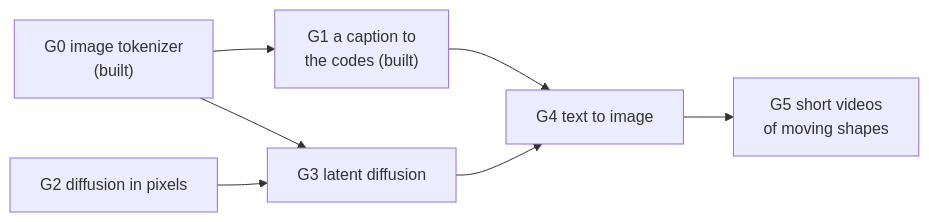
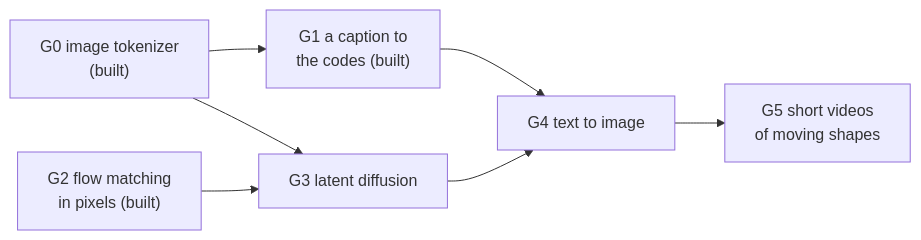
Before and after one commit to kunwarmahen/aksharallm: the first of 5 diagrams in docs/26-pictures.md, drawn with Mermaid. The commit also changed other lines of this file and 22 other files, not shown here.

````diff
--- a/docs/26-pictures.md
+++ b/docs/26-pictures.md
@@ -10,9 +10,9 @@
 ```mermaid
 flowchart LR
     G0["G0 image tokenizer<br/>(built)"] --> G1["G1 a caption to<br/>the codes (built)"]
     G0 --> G3["G3 latent diffusion"]
-    G2["G2 diffusion in pixels"] --> G3
+    G2["G2 flow matching<br/>in pixels (built)"] --> G3
     G1 --> G4["G4 text to image"]
     G3 --> G4
     G4 --> G5["G5 short videos<br/>of moving shapes"]
 ```
````
